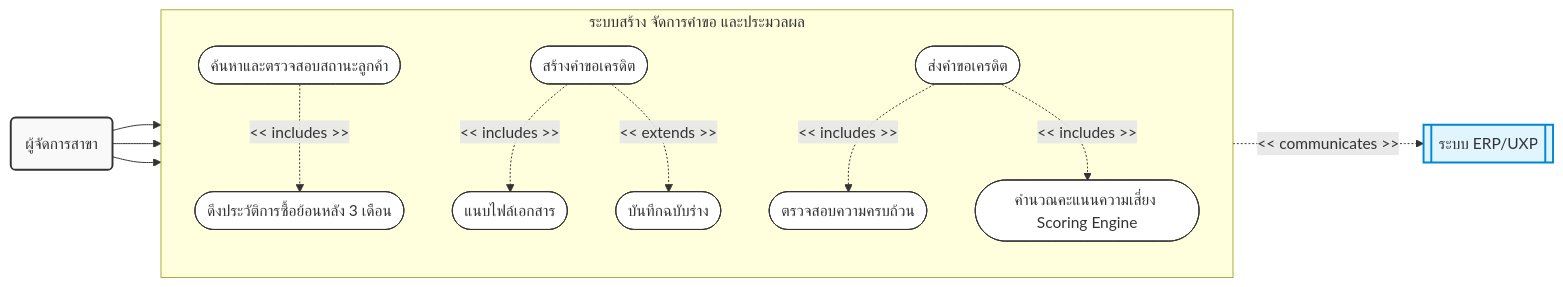
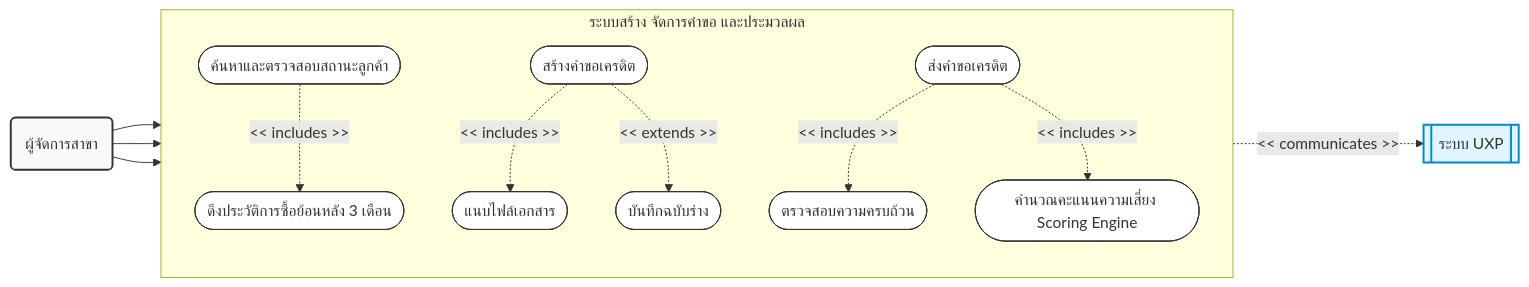
One commit to JinnawatJid/iNsightDocs changed the third of 6 diagrams in docs/presentations/use_case_diagram.md. Above: the diagram before and after it, drawn with Mermaid. The commit also changed other lines of this file and 1 other file, not shown here.

First line of the commit message:
Update docs to replace ERP with UXP and refine Customer Search flow

````diff
--- a/docs/presentations/use_case_diagram.md
+++ b/docs/presentations/use_case_diagram.md
@@ -111,34 +111,34 @@
 ```mermaid
 flowchart LR
     classDef actorStyle fill:#f9f9f9,stroke:#333,stroke-width:2px;
     classDef systemStyle fill:#e1f5fe,stroke:#0288d1,stroke-width:2px;
     classDef useCaseStyle fill:#fff,stroke:#333,stroke-width:1px;
 
     BM(ผู้จัดการสาขา):::actorStyle
-    ERP[[ระบบ ERP/UXP]]:::systemStyle
+    UXP[[ระบบ UXP]]:::systemStyle
 
     subgraph ReqSystem [ระบบสร้าง จัดการคำขอ และประมวลผล]
         direction TB
         UC1([ค้นหาและตรวจสอบสถานะลูกค้า]):::useCaseStyle
         UC8([ดึงประวัติการซื้อย้อนหลัง 3 เดือน]):::useCaseStyle
         UC2([สร้างคำขอเครดิต]):::useCaseStyle
         UC3([แนบไฟล์เอกสาร]):::useCaseStyle
         UC4([บันทึกฉบับร่าง]):::useCaseStyle
         UC5([ส่งคำขอเครดิต]):::useCaseStyle
         UC6([ตรวจสอบความครบถ้วน]):::useCaseStyle
         UC9([คำนวณคะแนนความเสี่ยง Scoring Engine]):::useCaseStyle
     end
 
     BM --> UC1
     BM --> UC2
     BM --> UC5
 
     UC1 -. "<< includes >>" .-> UC8
-    UC8 -. "<< communicates >>" .-> ERP
+    UC8 -. "<< communicates >>" .-> UXP
 
     UC2 -. "<< includes >>" .-> UC3
     UC2 -. "<< extends >>" .-> UC4
 
     UC5 -. "<< includes >>" .-> UC6
     UC5 -. "<< includes >>" .-> UC9
 ```
````
